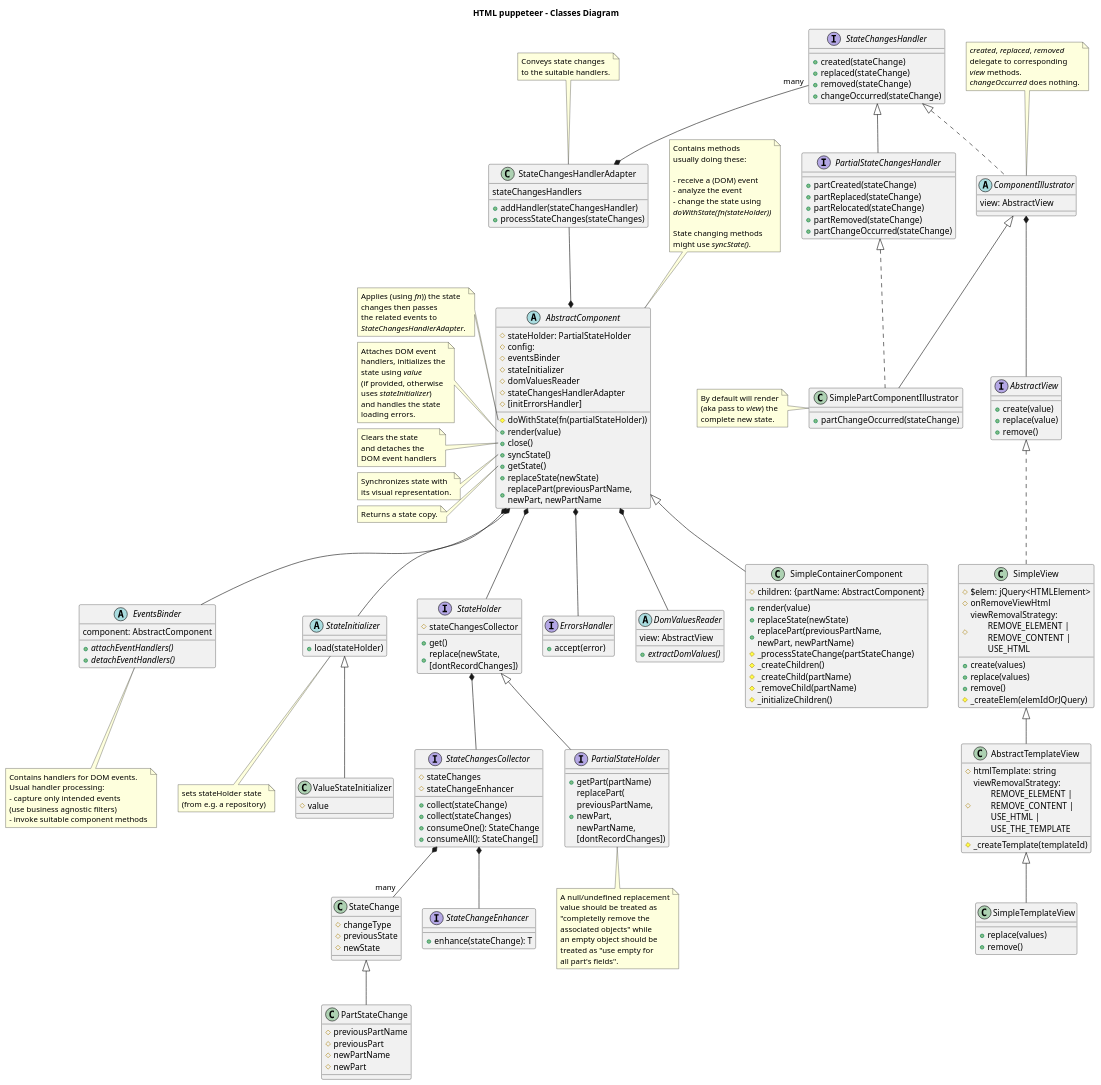
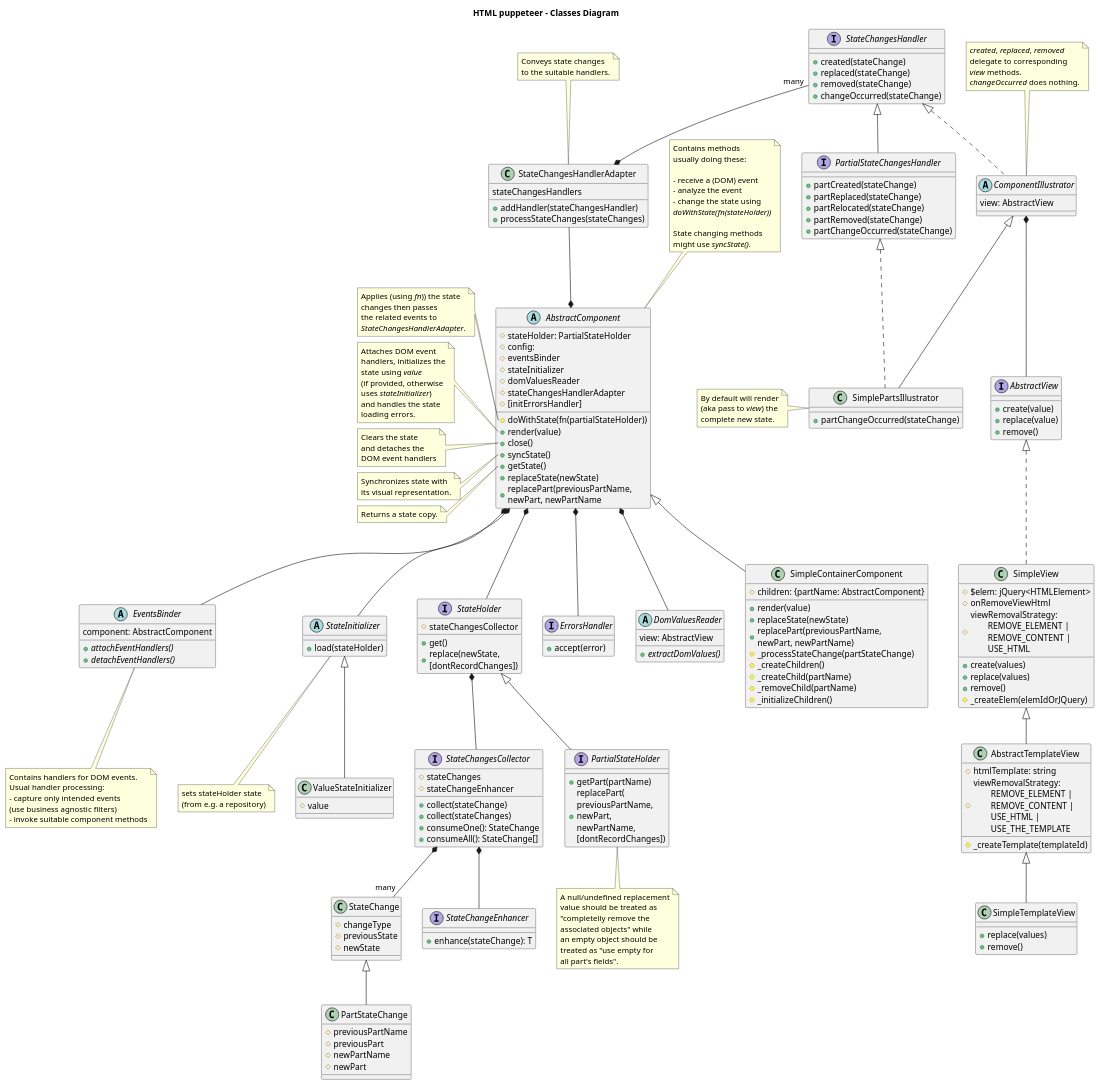
One commit to adrhc/html-puppeteer changed the diagram in design/classes-diagram.puml. Above: the diagram before and after it, drawn with PlantUML. The commit also changed 6 other files, not shown here.

Commit message:
+ SimpleContainerIllustrator.js SimplePartComponentIllustrator -> SimplePartsIllustrator

```diff
--- a/design/classes-diagram.puml
+++ b/design/classes-diagram.puml
@@ -292,11 +292,11 @@
 <i>changeOccurred</i> does nothing.
 end note
 
-class SimplePartComponentIllustrator extends ComponentIllustrator implements PartialStateChangesHandler {
+class SimplePartsIllustrator extends ComponentIllustrator implements PartialStateChangesHandler {
 +partChangeOccurred(stateChange)
 }
 
-note left of SimplePartComponentIllustrator
+note left of SimplePartsIllustrator
 By default will render
 (aka pass to <i>view</i>) the
 complete new state.
@@ -377,8 +377,8 @@
 /'StateSynchronizer *-down- DomValuesReader
 StateSynchronizer -up-> PartsAllocator
 StateSynchronizer -up-> ComponentIllustrator'/
-'SimplePartComponentIllustrator -down-> ComponentIllustrator
-'SimplePartComponentIllustrator -down-|> PartialStateChangesHandler
+'SimplePartsIllustrator -down-> ComponentIllustrator
+'SimplePartsIllustrator -down-|> PartialStateChangesHandler
 'AbstractComponent *-up- StateSynchronizer
 'AbstractComponent *-right- PartsAllocator
 'PartialStateHolder -up-|> StateHolder
```
